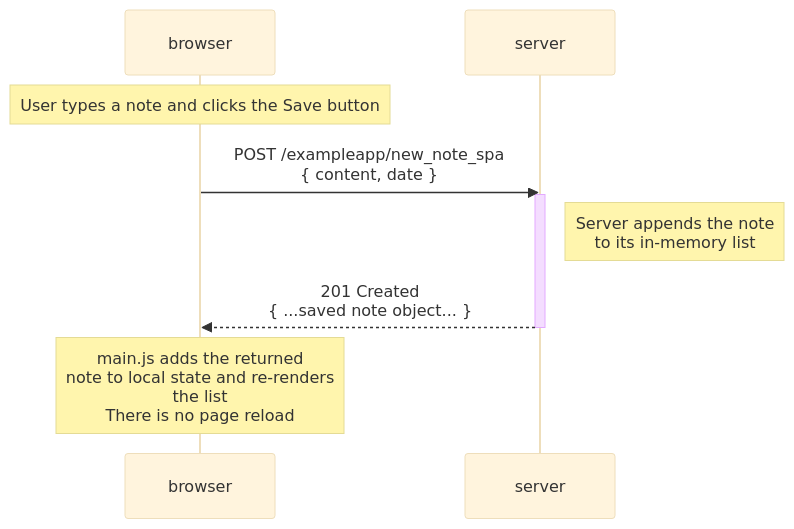
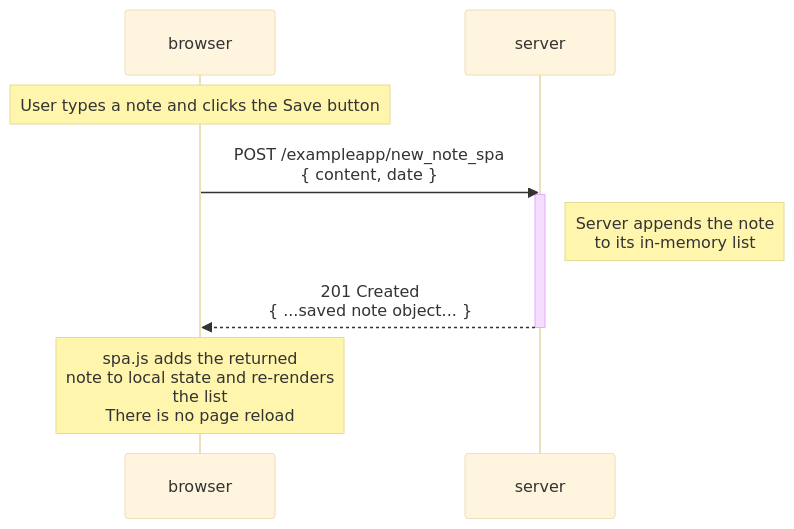
One commit to shermszz/FullStackOpen changed the diagram in ex0.6_diagrams.md. Above: the diagram before and after it, drawn with Mermaid (base theme).

````diff
--- a/ex0.6_diagrams.md
+++ b/ex0.6_diagrams.md
@@ -1,19 +1,19 @@
 ```mermaid
 sequenceDiagram
     participant browser
     participant server
 
     %% USER ACTION
     Note over browser: User types a note and clicks the Save button
 
     %% 1 – AJAX POST FROM SPA
     browser->>server: POST /exampleapp/new_note_spa<br/>{ content, date }
     activate server
     Note right of server: Server appends the note<br/>to its in-memory list
     server-->>browser: 201 Created<br/>{ ...saved note object... }
     deactivate server
 
     %% 2 – CLIENT-SIDE UPDATE
-    Note over browser: main.js adds the returned<br/>note to local state and re-renders<br/>the list <br/> There is no page reload
+    Note over browser: spa.js adds the returned<br/>note to local state and re-renders<br/>the list <br/> There is no page reload
 
 ```
````
